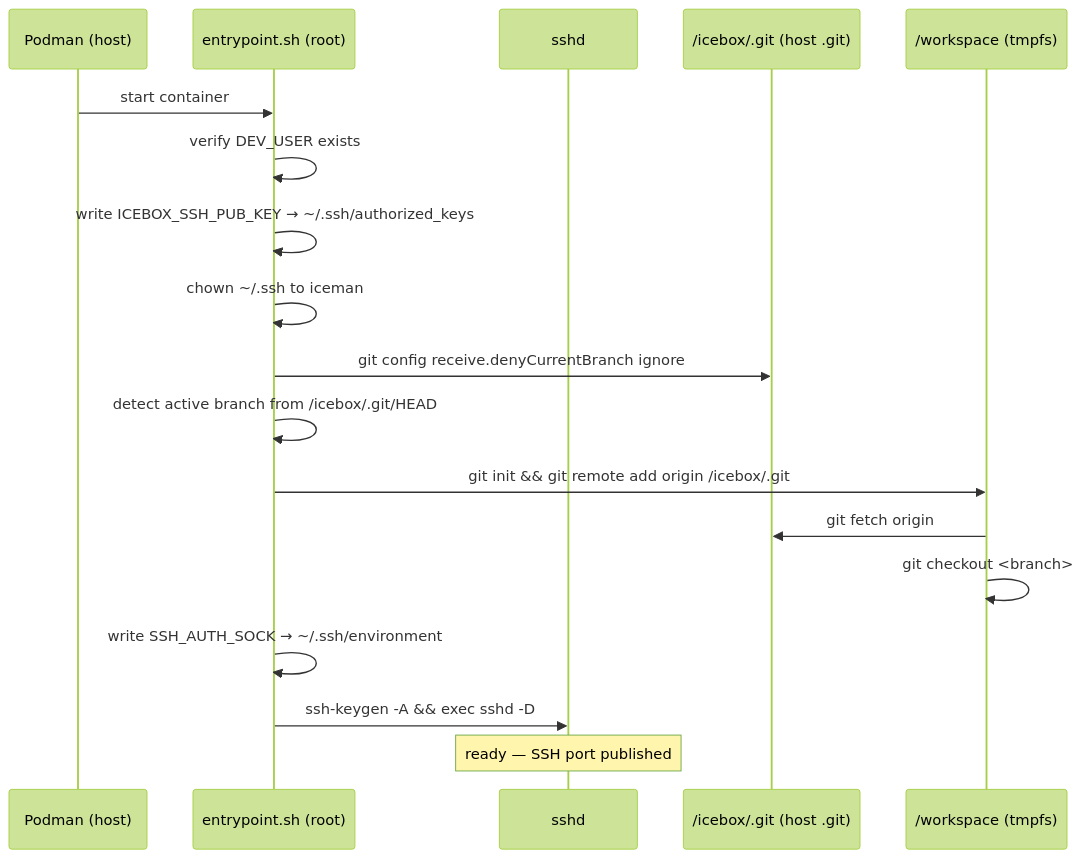
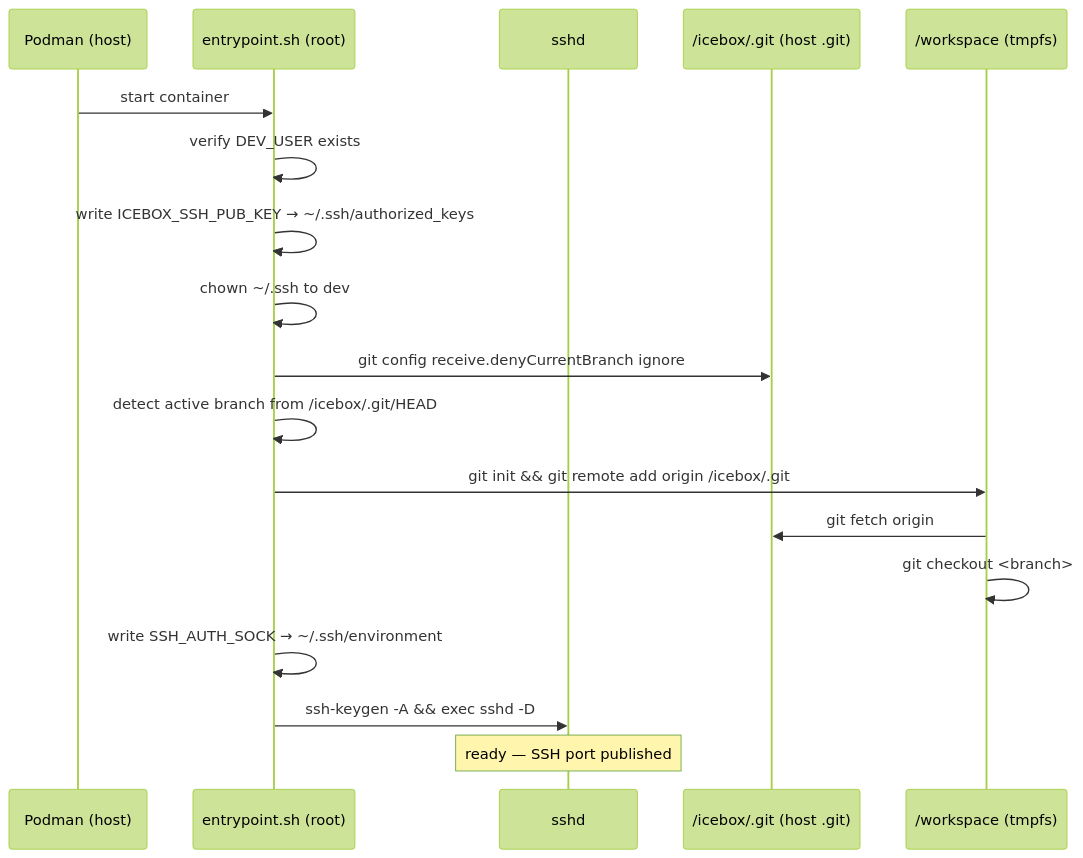
One commit to drusifer/icebox changed the first of 5 diagrams in USER_GUIDE.md. Above: the diagram before and after it, drawn with Mermaid (forest theme). The commit also changed other lines of this file and 1 other file, not shown here.

````diff
--- a/USER_GUIDE.md
+++ b/USER_GUIDE.md
@@ -31,21 +31,21 @@
 ```mermaid
 sequenceDiagram
     participant P as Podman (host)
     participant E as entrypoint.sh (root)
     participant S as sshd
     participant G as /icebox/.git (host .git)
     participant W as /workspace (tmpfs)
 
     P->>E: start container
     E->>E: verify DEV_USER exists
     E->>E: write ICEBOX_SSH_PUB_KEY → ~/.ssh/authorized_keys
-    E->>E: chown ~/.ssh to iceman
+    E->>E: chown ~/.ssh to dev
     E->>G: git config receive.denyCurrentBranch ignore
     E->>E: detect active branch from /icebox/.git/HEAD
     E->>W: git init && git remote add origin /icebox/.git
     W->>G: git fetch origin
     W->>W: git checkout <branch>
     E->>E: write SSH_AUTH_SOCK → ~/.ssh/environment
     E->>S: ssh-keygen -A && exec sshd -D
     Note over S: ready — SSH port published
 ```
````
